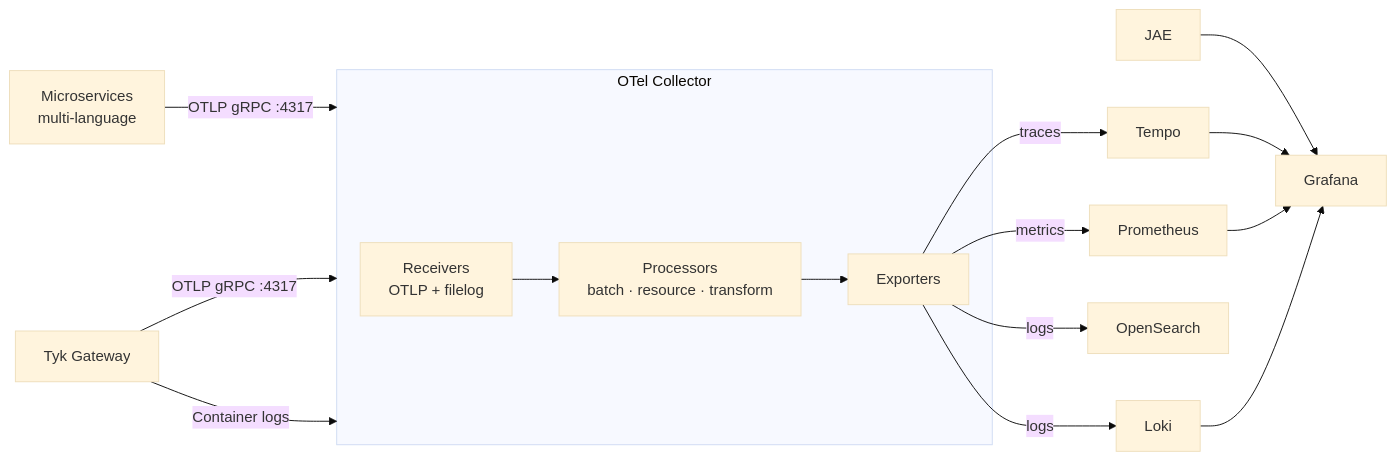
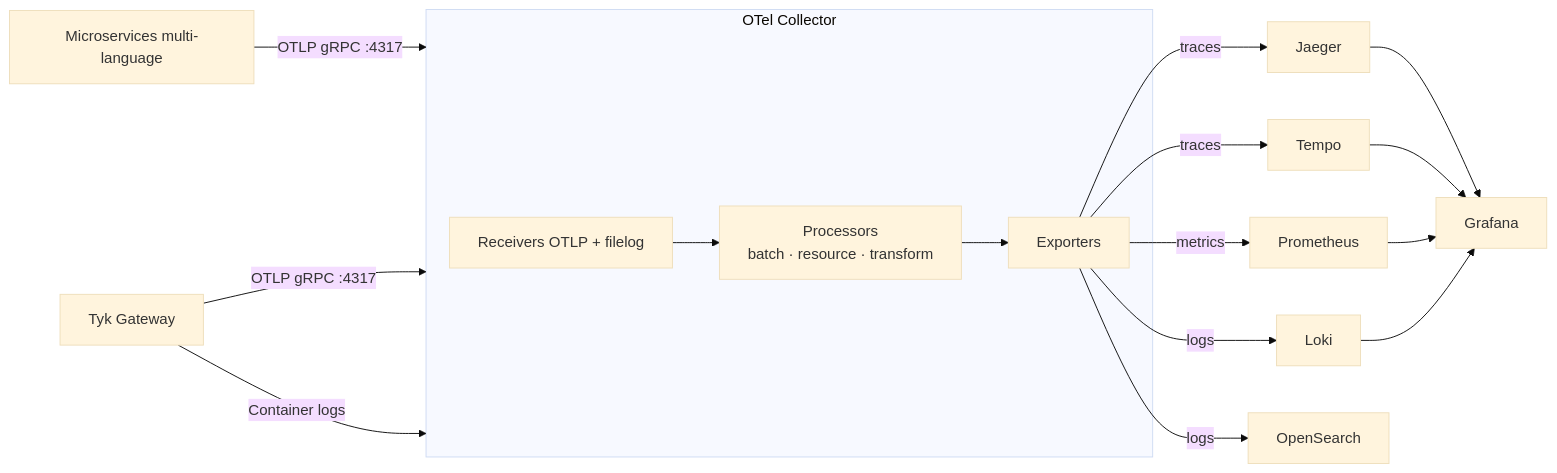
Before and after one commit to TykTechnologies/tyk-docs: the second of 2 diagrams in api-management/opentelemetry-demo.mdx, drawn with Mermaid (base theme). The commit also changed other lines of this file, not shown here.

````diff
--- a/api-management/opentelemetry-demo.mdx
+++ b/api-management/opentelemetry-demo.mdx
@@ -80,23 +82,24 @@
 ```mermaid
 flowchart LR
-    MS[Microservices\nmulti-language] -->|OTLP gRPC :4317| COL
+    MS[Microservices multi-language] -->|OTLP gRPC :4317| COL
     TGW[Tyk Gateway] -->|OTLP gRPC :4317| COL
     TGW -->|Container logs| COL
 
     subgraph COL[OTel Collector]
-        R[Receivers\nOTLP + filelog]
+        R[Receivers OTLP + filelog]
         P[Processors\nbatch · resource · transform]
         E[Exporters]
         R --> P --> E
     end
 
+    E -->|traces| JAE[Jaeger]
     E -->|traces| TMP[Tempo]
     E -->|metrics| PRO[Prometheus]
     E -->|logs| LOK[Loki]
     E -->|logs| OS[OpenSearch]
 
     JAE --> GRA[Grafana]
     TMP --> GRA
     PRO --> GRA
     LOK --> GRA
 ```
````
